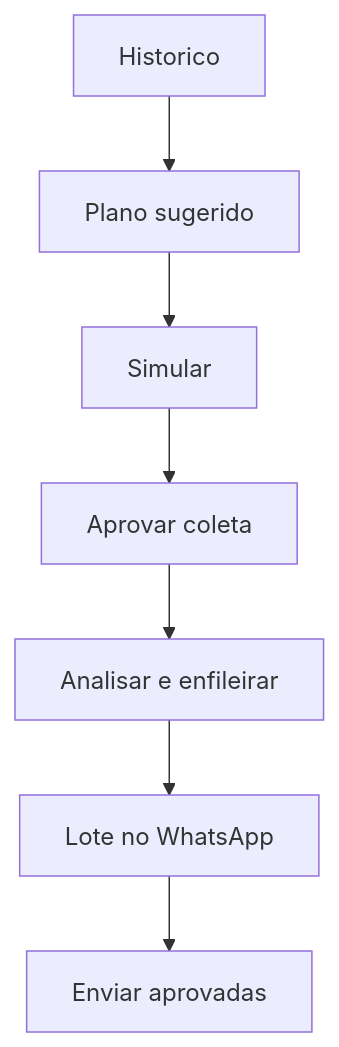
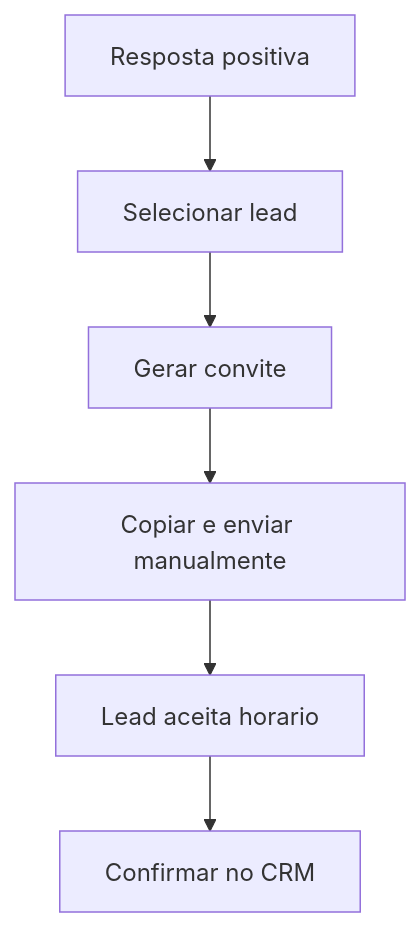
Before and after one commit to isidio908-rgb/prospect-ai: the diagram in docs/MAPA-INTERNO.md, drawn with Mermaid. The commit also changed other lines of this file, not shown here.

````diff
--- a/docs/MAPA-INTERNO.md
+++ b/docs/MAPA-INTERNO.md
@@ -80,9 +80,8 @@
 ```mermaid
 flowchart TD
-  A[Historico] --> B[Plano sugerido]
-  B --> C[Simular]
-  C --> D[Aprovar coleta]
-  D --> E[Analisar e enfileirar]
-  E --> F[Lote no WhatsApp]
-  F --> G[Enviar aprovadas]
+  A[Resposta positiva] --> B[Selecionar lead]
+  B --> C[Gerar convite]
+  C --> D[Copiar e enviar manualmente]
+  D --> E[Lead aceita horario]
+  E --> F[Confirmar no CRM]
 ```
````
